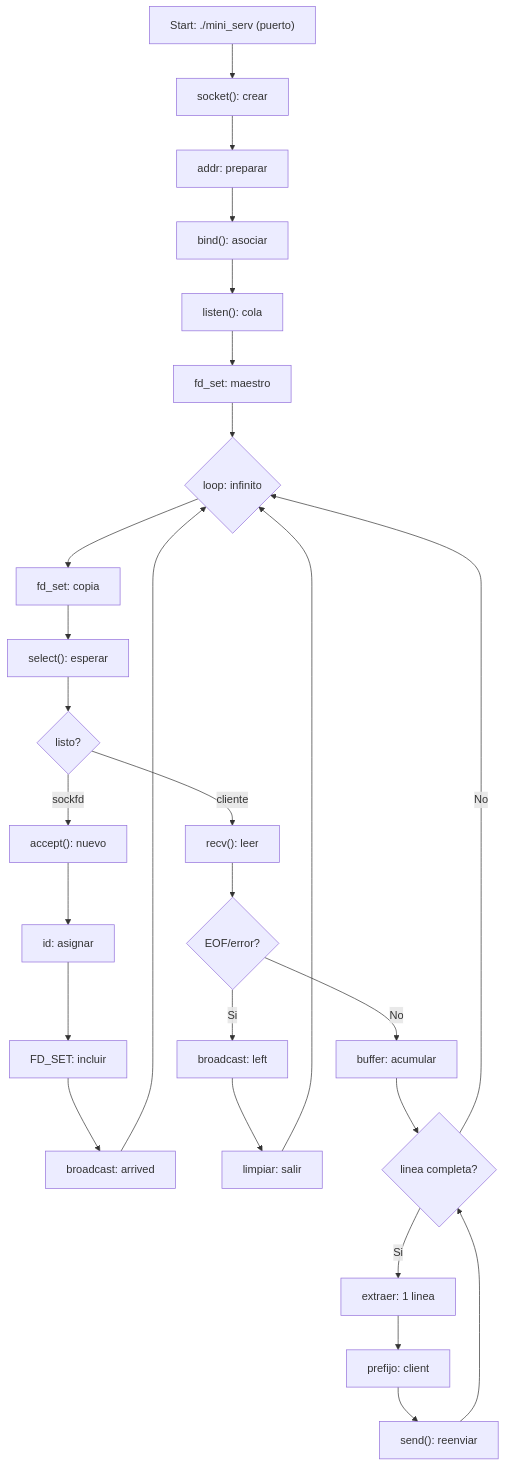
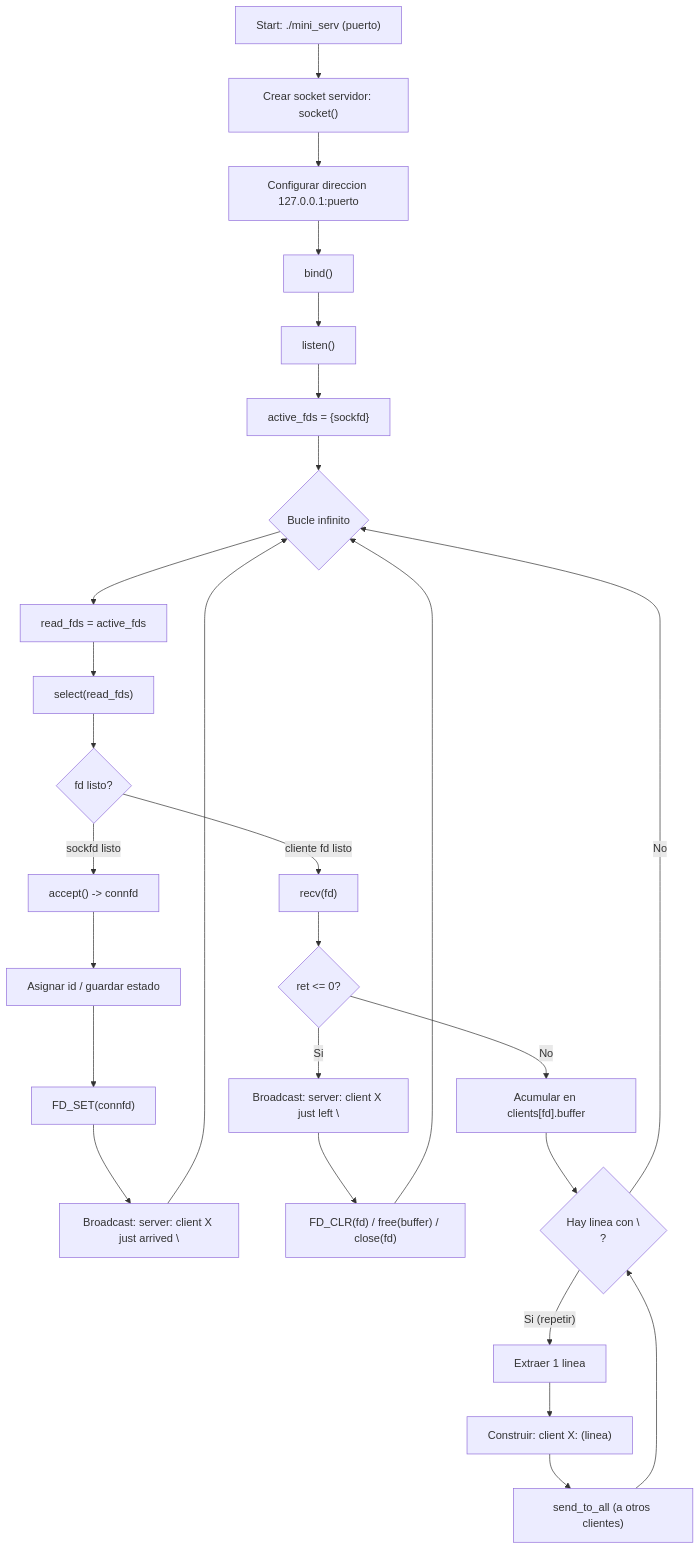
Before and after one commit to mbolano42/Miniserver: the diagram in README.md, drawn with Mermaid. The commit also changed 1 other file, not shown here.

Commit message:
Mejorando la comprensión del ejercicio

````diff
--- a/README.md
+++ b/README.md
@@ -142,29 +142,29 @@
 ```mermaid
 flowchart TD
-  A["Start: ./mini_serv (puerto)"] --> B["socket(): crear"]
-  B --> C["addr: preparar"]
-  C --> D["bind(): asociar"]
-  D --> E["listen(): cola"]
-  E --> F["fd_set: maestro"]
-  F --> G{"loop: infinito"}
-  G --> H["fd_set: copia"]
-  H --> I["select(): esperar"]
-  I --> J{"listo?"}
-  J -->|"sockfd"| K["accept(): nuevo"]
-  K --> L["id: asignar"]
-  L --> M["FD_SET: incluir"]
-  M --> N["broadcast: arrived"]
+  A["Start: ./mini_serv (puerto)"] --> B["Crear socket servidor: socket()"]
+  B --> C["Configurar direccion 127.0.0.1:puerto"]
+  C --> D["bind()"]
+  D --> E["listen()"]
+  E --> F["active_fds = {sockfd}"]
+  F --> G{"Bucle infinito"}
+  G --> H["read_fds = active_fds"]
+  H --> I["select(read_fds)"]
+  I --> J{"fd listo?"}
+  J -->|"sockfd listo"| K["accept() -> connfd"]
+  K --> L["Asignar id / guardar estado"]
+  L --> M["FD_SET(connfd)"]
+  M --> N["Broadcast: server: client X just arrived \\n"]
   N --> G
-  J -->|"cliente"| O["recv(): leer"]
-  O --> P{"EOF/error?"}
-  P -->|"Si"| Q["broadcast: left"]
-  Q --> R["limpiar: salir"]
+  J -->|"cliente fd listo"| O["recv(fd)"]
+  O --> P{"ret <= 0?"}
+  P -->|"Si"| Q["Broadcast: server: client X just left \\n"]
+  Q --> R["FD_CLR(fd) / free(buffer) / close(fd)"]
   R --> G
-  P -->|"No"| S["buffer: acumular"]
-  S --> T{"linea completa?"}
-  T -->|"Si"| U["extraer: 1 linea"]
-  U --> V["prefijo: client"]
-  V --> W["send(): reenviar"]
+  P -->|"No"| S["Acumular en clients[fd].buffer"]
+  S --> T{"Hay linea con \\n?"}
+  T -->|"Si (repetir)"| U["Extraer 1 linea"]
+  U --> V["Construir: client X: (linea)"]
+  V --> W["send_to_all (a otros clientes)"]
   W --> T
   T -->|"No"| G
 ```
````
